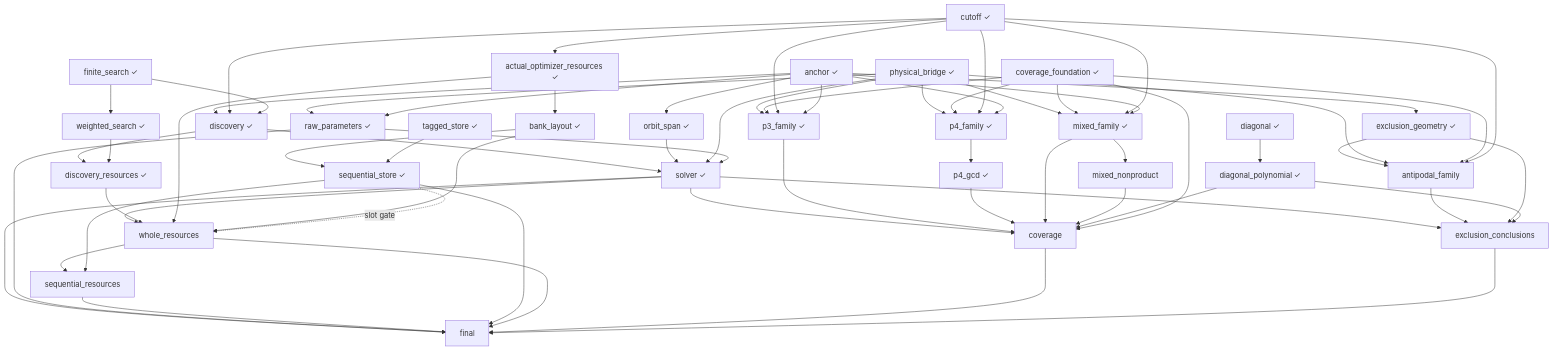
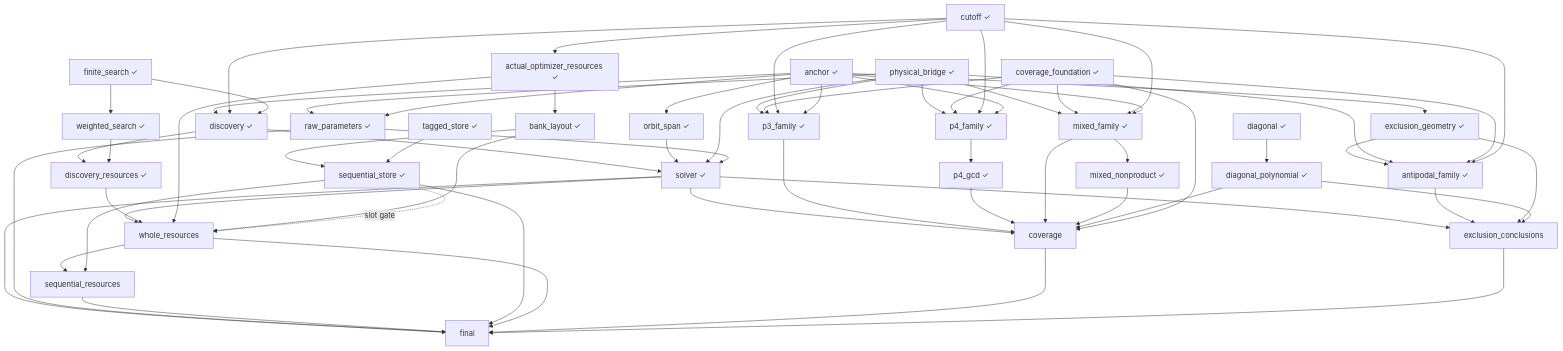
The diagram in pipelines/quantum_formalize/examples/m8/GRAPH.md (humanfia/science-mango), drawn with Mermaid before and after one commit. The commit also changed 666 other files, not shown here.

Commit message:
Accept M8 mixed cycle nonproduct and antipodal families; preserve integration repairs

```diff
--- a/pipelines/quantum_formalize/examples/m8/GRAPH.md
+++ b/pipelines/quantum_formalize/examples/m8/GRAPH.md
@@ -65,13 +65,13 @@
   coverage_foundation --> mixed_family
   cutoff --> mixed_family
   anchor --> mixed_family
-  mixed_nonproduct["mixed_nonproduct"]
+  mixed_nonproduct["mixed_nonproduct ✓"]
   mixed_family --> mixed_nonproduct
   diagonal_polynomial["diagonal_polynomial ✓"]
   diagonal --> diagonal_polynomial
   exclusion_geometry["exclusion_geometry ✓"]
   anchor --> exclusion_geometry
-  antipodal_family["antipodal_family"]
+  antipodal_family["antipodal_family ✓"]
   exclusion_geometry --> antipodal_family
   physical_bridge --> antipodal_family
   coverage_foundation --> antipodal_family
```
